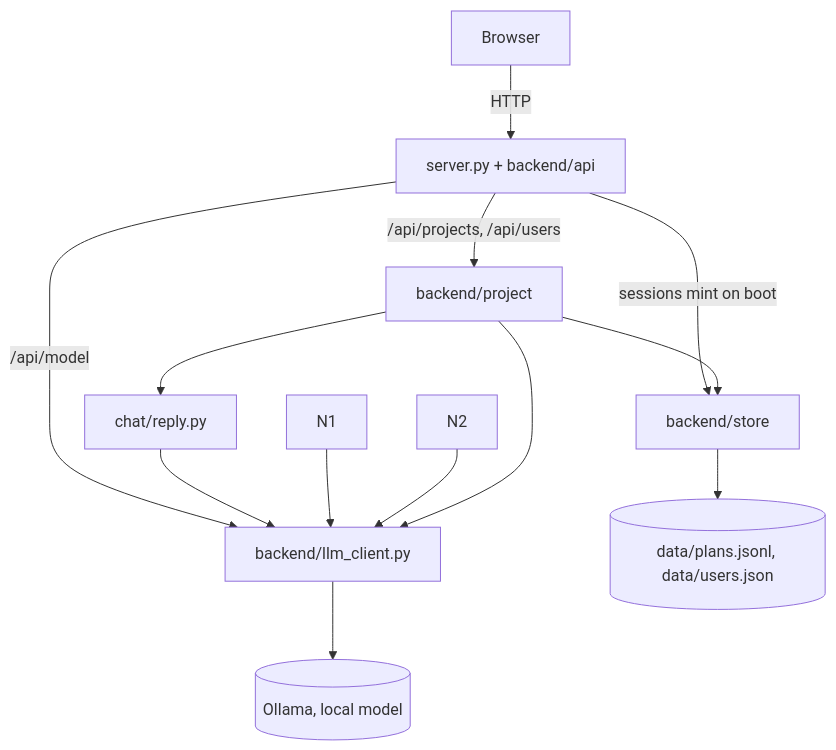
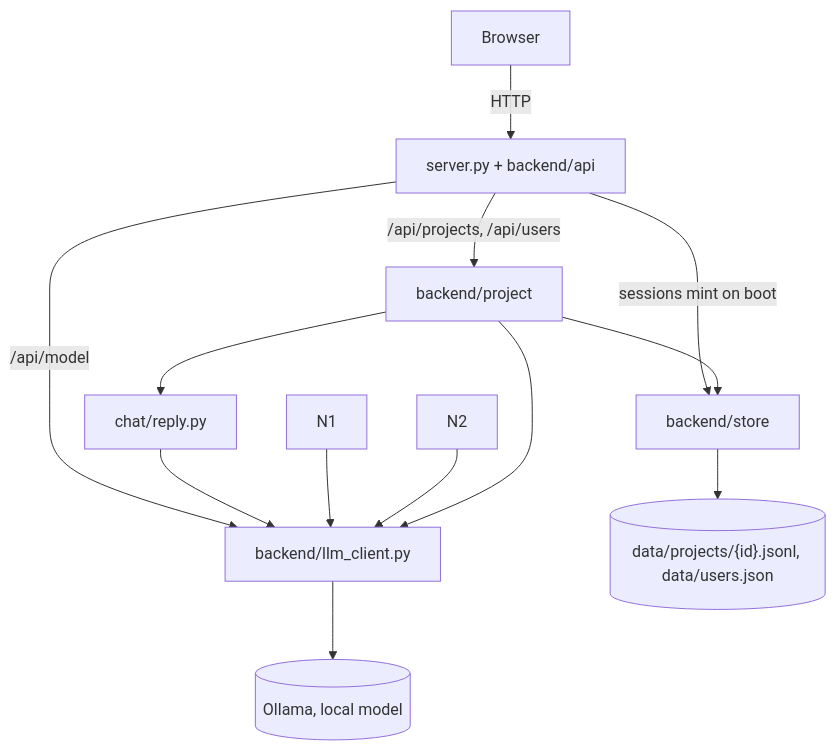
The diagram in docs/04-current-state.md (olajmn/PROJECT1), drawn with Mermaid before and after one commit. The commit also changed other lines of this file and 24 other files, not shown here.

First line of the commit message:
Store each project as its own JSONL and expose the full tape in Logs.

````diff
--- a/docs/04-current-state.md
+++ b/docs/04-current-state.md
@@ -66,15 +67,15 @@
 ```mermaid
 graph TD
     Browser -->|HTTP| Server["server.py + backend/api"]
     Server -->|"/api/projects, /api/users"| Planning["backend/project"]
     Server -->|"/api/model"| ModelBoundary["backend/llm_client.py"]
     Server -->|"sessions mint on boot"| Store["backend/store"]
     Planning --> Reply["chat/reply.py"]
     Reply --> ModelBoundary
     Planning --> Store
     N1 --> ModelBoundary
     N2 --> ModelBoundary
     Planning --> ModelBoundary
     ModelBoundary --> Ollama[("Ollama, local model")]
-    Store --> Data[("data/plans.jsonl, data/users.json")]
+    Store --> Data[("data/projects/{id}.jsonl, data/users.json")]
 ```
````
